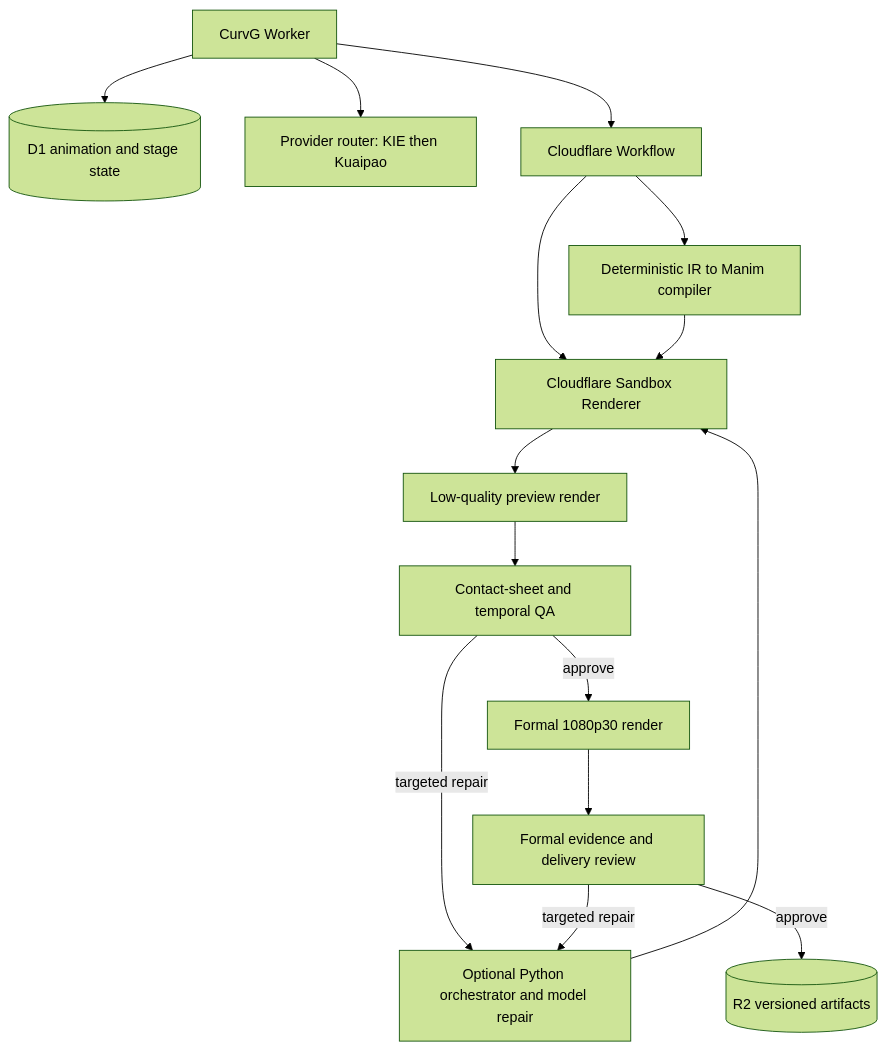
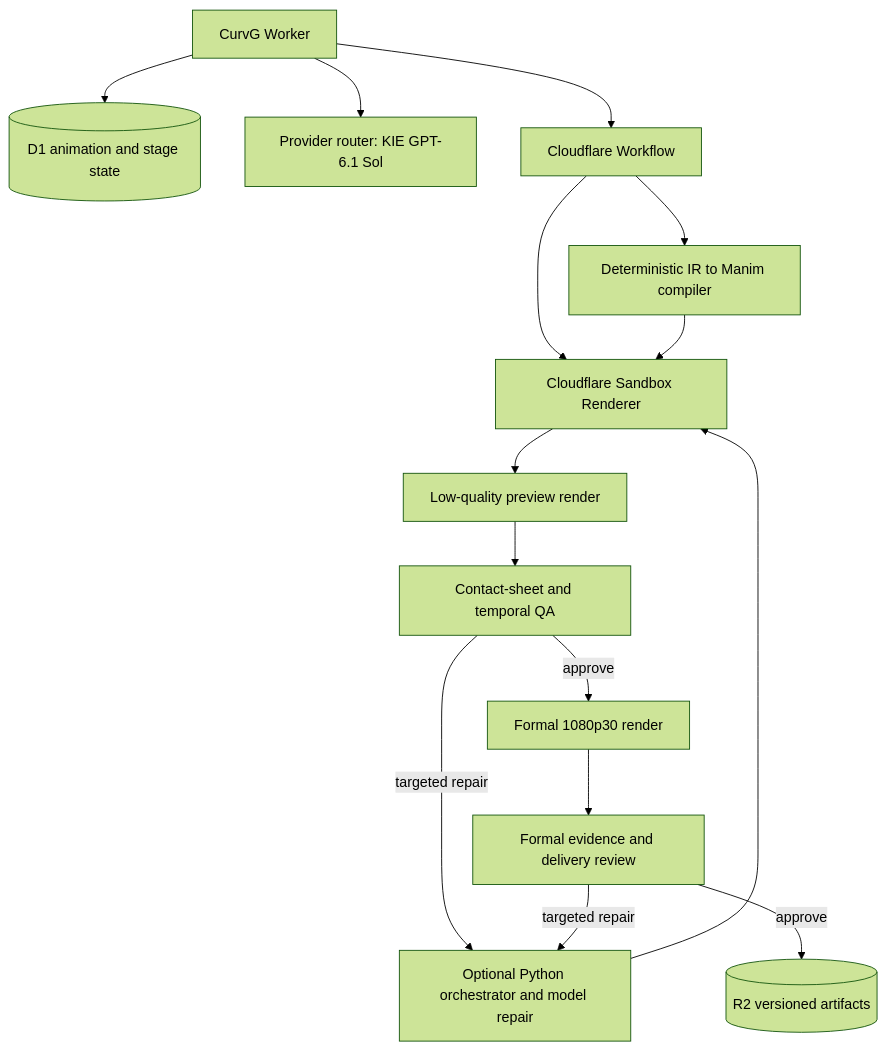
Before and after one commit to geektao1024/CurvG: the diagram in docs/ANIMATION_ORCHESTRATION.md, drawn with Mermaid (forest theme). The commit also changed other lines of this file and 11 other files, not shown here.

First line of the commit message:
fix: route animation generation through KIE GPT-6.1 Sol only

````diff
--- a/docs/ANIMATION_ORCHESTRATION.md
+++ b/docs/ANIMATION_ORCHESTRATION.md
@@ -5,17 +5,17 @@
 ```mermaid
 flowchart TD
   A[CurvG Worker] --> B[(D1 animation and stage state)]
-  A --> C[Provider router: KIE then Kuaipao]
+  A --> C[Provider router: KIE GPT-6.1 Sol]
   A --> D[Cloudflare Workflow]
   D --> E[Deterministic IR to Manim compiler]
   D --> I[Cloudflare Sandbox Renderer]
   E --> I
   I --> J[Low-quality preview render]
   J --> K[Contact-sheet and temporal QA]
   K -->|targeted repair| N[Optional Python orchestrator and model repair]
   N --> I
   K -->|approve| L[Formal 1080p30 render]
   L --> O[Formal evidence and delivery review]
   O -->|targeted repair| N
   O -->|approve| M[(R2 versioned artifacts)]
 ```
````
